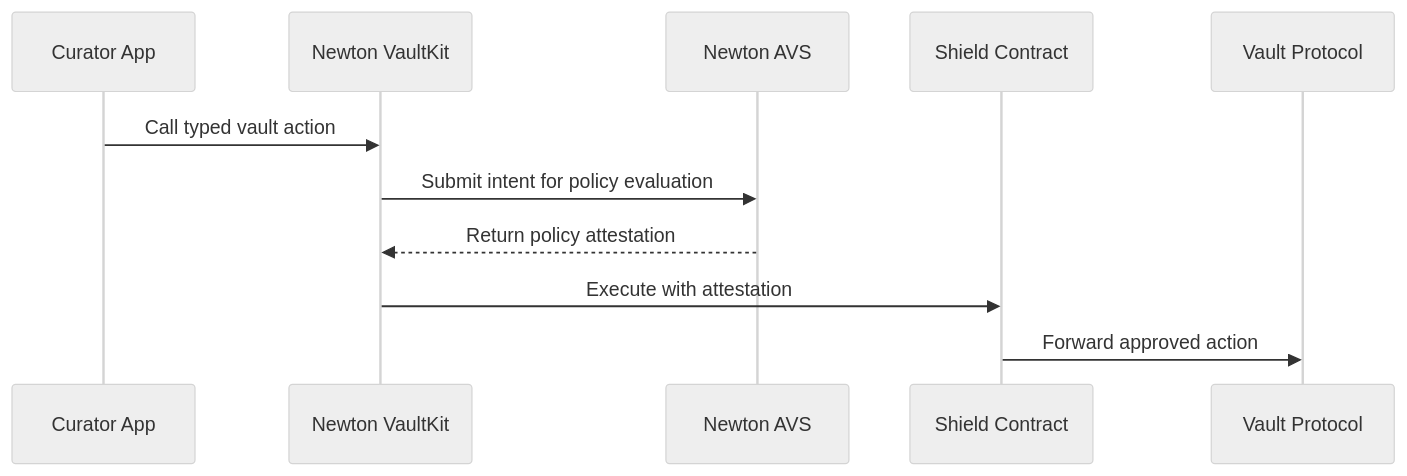
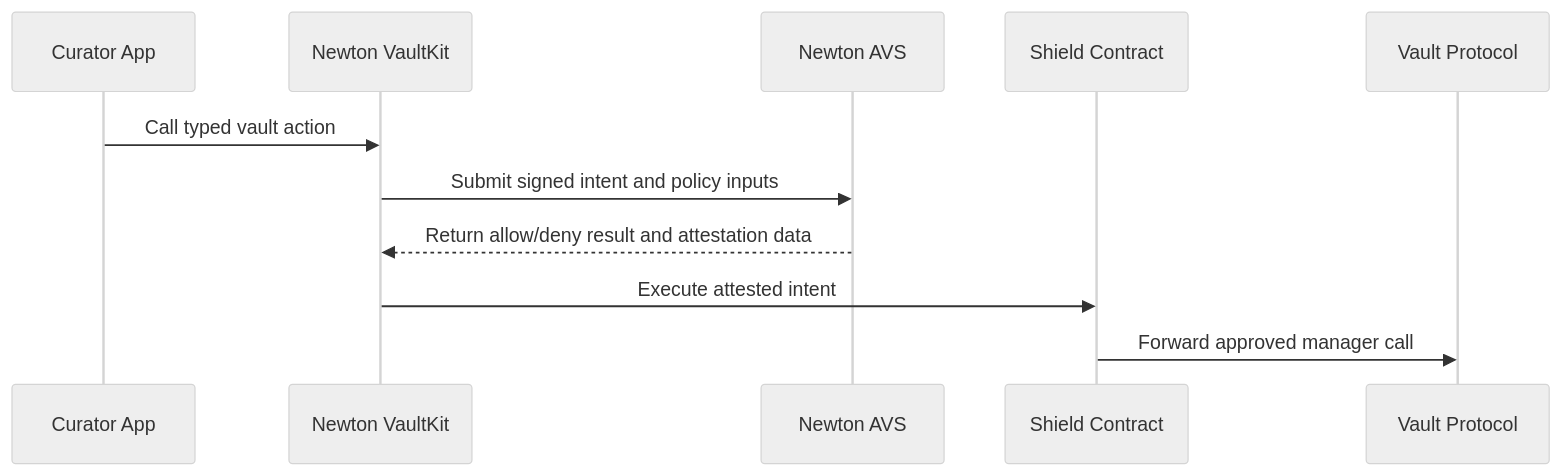
Before and after one commit to newt-foundation/newton-sdk: the diagram in site/developers/vaults/sdk/overview.mdx, drawn with Mermaid (neutral theme). The commit also changed other lines of this file and 16 other files, not shown here.

````diff
--- a/site/developers/vaults/sdk/overview.mdx
+++ b/site/developers/vaults/sdk/overview.mdx
@@ -24,14 +20,14 @@
 ```mermaid
 sequenceDiagram
     participant App as Curator App
     participant SDK as Newton VaultKit
     participant AVS as Newton AVS
     participant Shield as Shield Contract
     participant Vendor as Vault Protocol
 
     App->>SDK: Call typed vault action
-    SDK->>AVS: Submit intent for policy evaluation
-    AVS-->>SDK: Return policy attestation
-    SDK->>Shield: Execute with attestation
-    Shield->>Vendor: Forward approved action
+    SDK->>AVS: Submit signed intent and policy inputs
+    AVS-->>SDK: Return allow/deny result and attestation data
+    SDK->>Shield: Execute attested intent
+    Shield->>Vendor: Forward approved manager call
 ```
````
